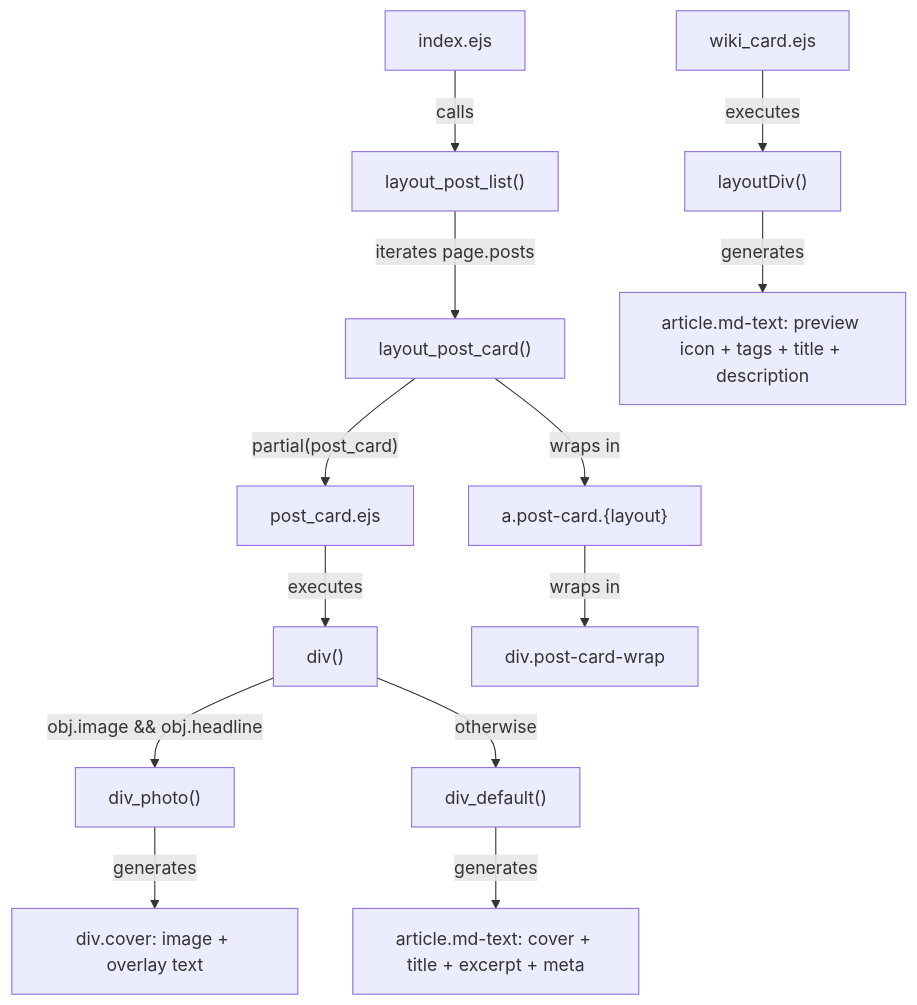
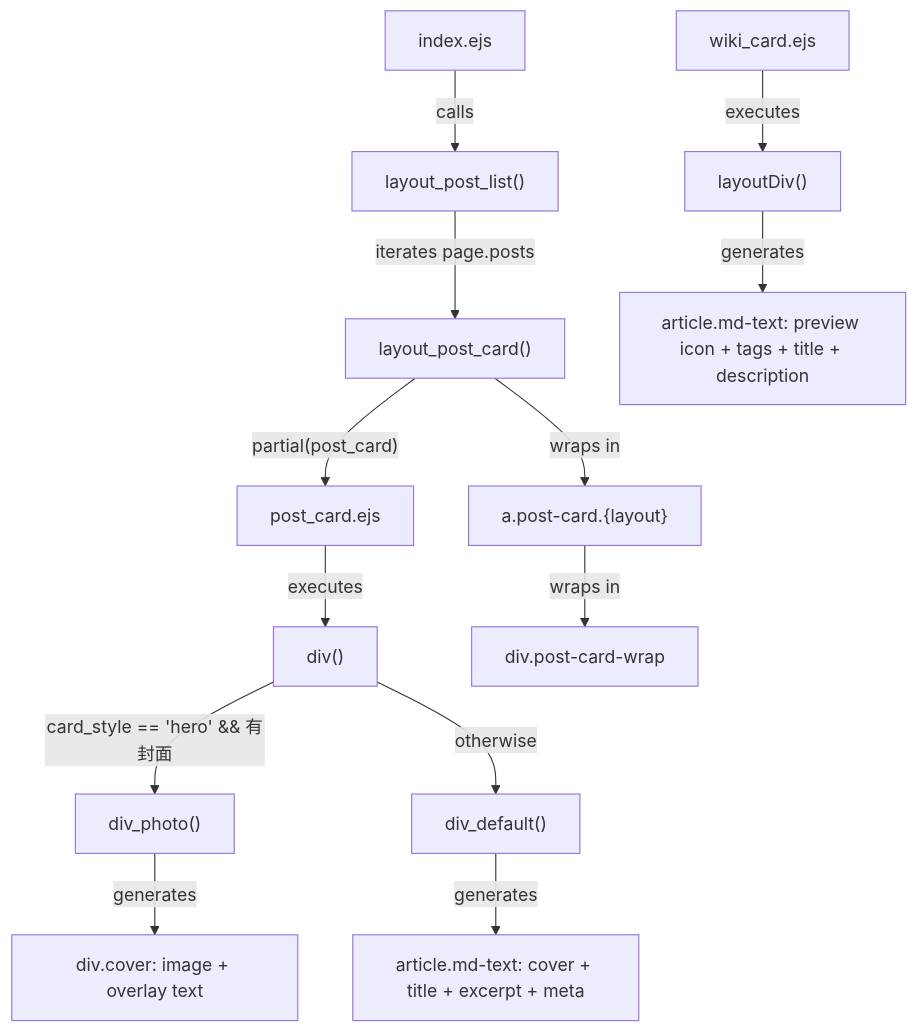
The first of 10 diagrams in docs/knowledge/03-内容系统/post-lists-cards.md (xaoxuu/hexo-theme-stellar), drawn with Mermaid before and after one commit. The commit also changed other lines of this file and 17 other files, not shown here.

Commit message:
feat(article): 新增 card_style（hero/classic）并移除 poster 配置，统一小字取值

````diff
--- a/docs/knowledge/03-内容系统/post-lists-cards.md
+++ b/docs/knowledge/03-内容系统/post-lists-cards.md
@@ -49,28 +49,28 @@
 ```mermaid
 graph TB
     IndexEJS["index.ejs"]
     LayoutPostList["layout_post_list()"]
     LayoutPostCard["layout_post_card()"]
     PostCardPartial["post_card.ejs"]
     DivFunction["div()"]
     DivDefault["div_default()"]
     DivPhoto["div_photo()"]
     WikiCardPartial["wiki_card.ejs"]
     WikiLayoutDiv["layoutDiv()"]
 
     IndexEJS -->|"calls"| LayoutPostList
     LayoutPostList -->|"iterates page.posts"| LayoutPostCard
     LayoutPostCard -->|"partial(post_card)"| PostCardPartial
     PostCardPartial -->|"executes"| DivFunction
-    DivFunction -->|"obj.image && obj.headline"| DivPhoto
+    DivFunction -->|"card_style == 'hero' && 有封面"| DivPhoto
     DivFunction -->|"otherwise"| DivDefault
 
     DivDefault -->|"generates"| DefaultHTML["article.md-text: cover + title + excerpt + meta"]
     DivPhoto -->|"generates"| PhotoHTML["div.cover: image + overlay text"]
 
     LayoutPostCard -->|"wraps in"| LinkWrapper["a.post-card.{layout}"]
     LinkWrapper -->|"wraps in"| ScrollWrap["div.post-card-wrap"]
 
     WikiCardPartial -->|"executes"| WikiLayoutDiv
     WikiLayoutDiv -->|"generates"| WikiHTML["article.md-text: preview icon + tags + title + description"]
 ```
````
